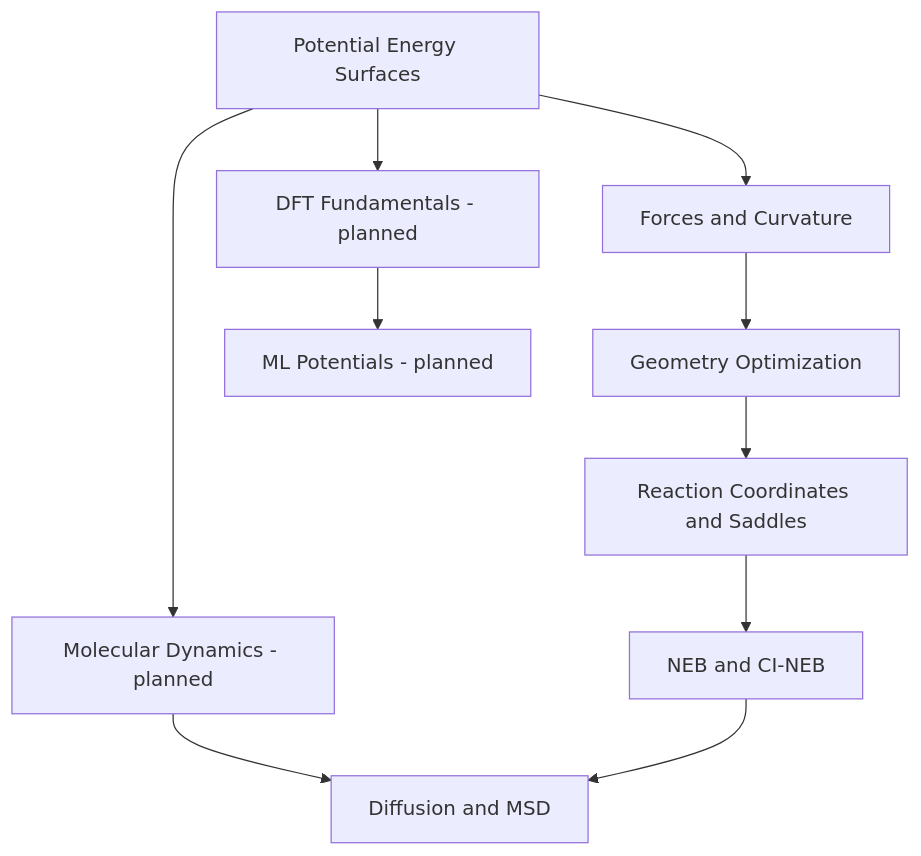
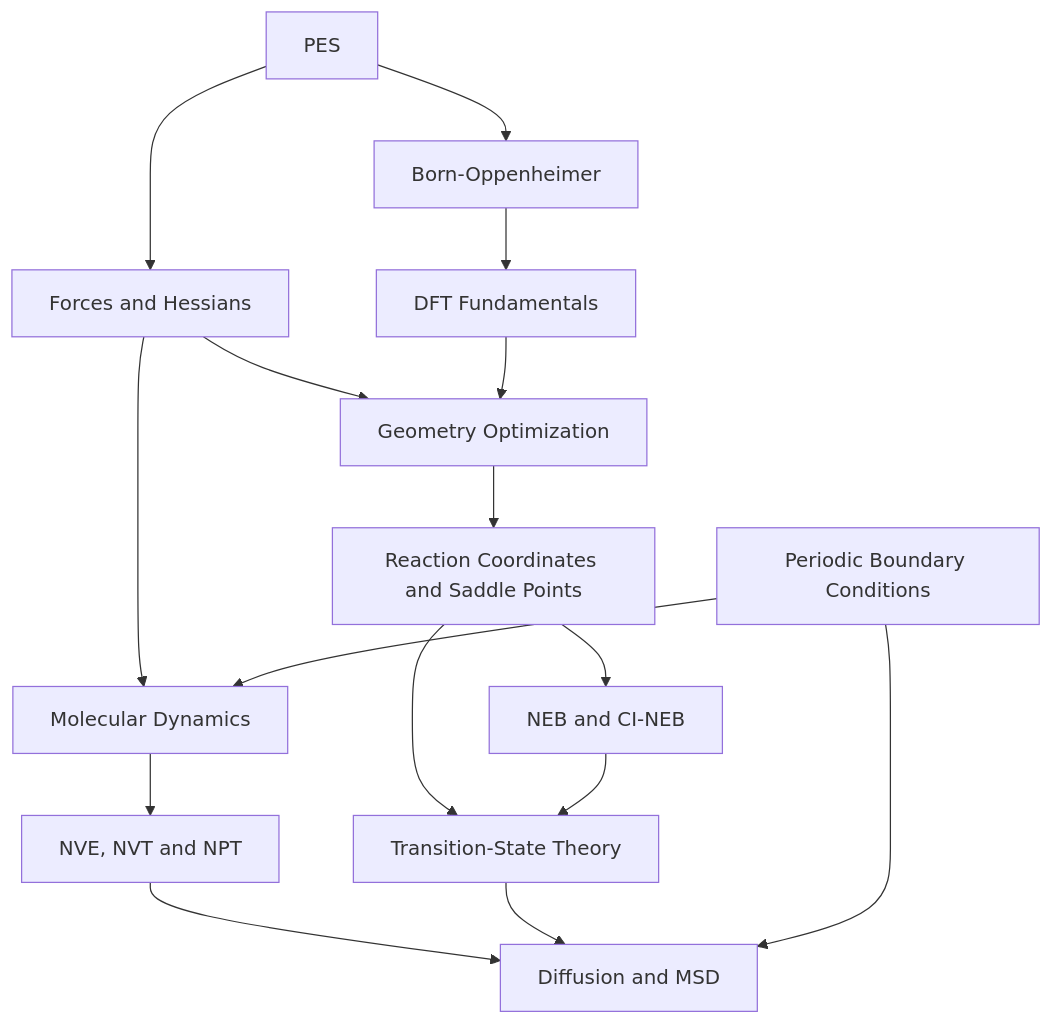
One commit to Long-Brian-Yang/blog changed the diagram in research/computational-materials/README.md. Above: the diagram before and after it, drawn with Mermaid. The commit also changed other lines of this file, not shown here.

Commit message:
docs: integrate six new prerequisite lessons into learning roadmap

````diff
--- a/research/computational-materials/README.md
+++ b/research/computational-materials/README.md
@@ -20,12 +26,18 @@
 ```mermaid
 flowchart TD
-    PES[Potential Energy Surfaces] --> FORCES[Forces and Curvature]
-    FORCES --> OPT[Geometry Optimization]
-    OPT --> PATH[Reaction Coordinates and Saddles]
+    PES[PES] --> FORCE[Forces and Hessians]
+    PES --> BO[Born-Oppenheimer]
+    BO --> DFT[DFT Fundamentals]
+    FORCE --> OPT[Geometry Optimization]
+    DFT --> OPT
+    OPT --> PATH[Reaction Coordinates and Saddle Points]
     PATH --> NEB[NEB and CI-NEB]
-    PES --> MD[Molecular Dynamics - planned]
-    MD --> DIFF[Diffusion and MSD]
-    NEB --> DIFF
-    PES --> DFT[DFT Fundamentals - planned]
-    DFT --> MLIP[ML Potentials - planned]
+    PATH --> TST[Transition-State Theory]
+    NEB --> TST
+    FORCE --> MD[Molecular Dynamics]
+    PBC[Periodic Boundary Conditions] --> MD
+    MD --> ENS[NVE, NVT and NPT]
+    ENS --> DIFF[Diffusion and MSD]
+    TST --> DIFF
+    PBC --> DIFF
 ```
````
